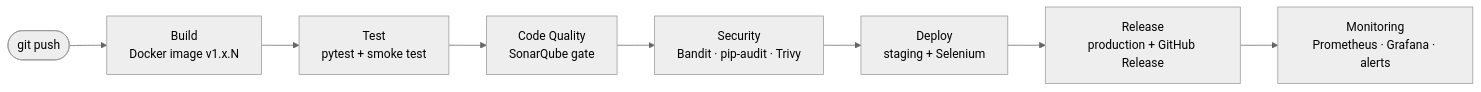
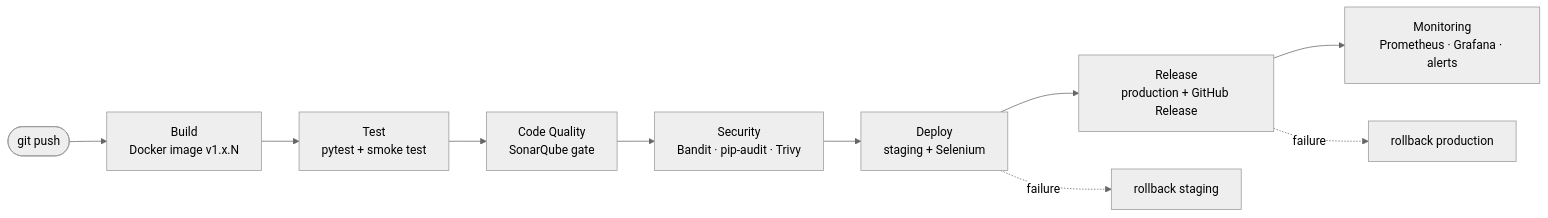
One commit to MinhMan1301/Customer-Segmentation-Analysis changed the diagram in README.md. Above: the diagram before and after it, drawn with Mermaid (neutral theme). The commit also changed other lines of this file, not shown here.

````diff
--- a/README.md
+++ b/README.md
@@ -65,10 +81,12 @@
 ```mermaid
 flowchart LR
     push([git push]) --> B[Build<br/>Docker image v1.x.N]
     B --> T[Test<br/>pytest + smoke test]
     T --> Q[Code Quality<br/>SonarQube gate]
     Q --> S[Security<br/>Bandit · pip-audit · Trivy]
     S --> D[Deploy<br/>staging + Selenium]
     D --> R[Release<br/>production + GitHub Release]
     R --> M[Monitoring<br/>Prometheus · Grafana · alerts]
+    D -. failure .-> RB1[rollback staging]
+    R -. failure .-> RB2[rollback production]
 ```
````
